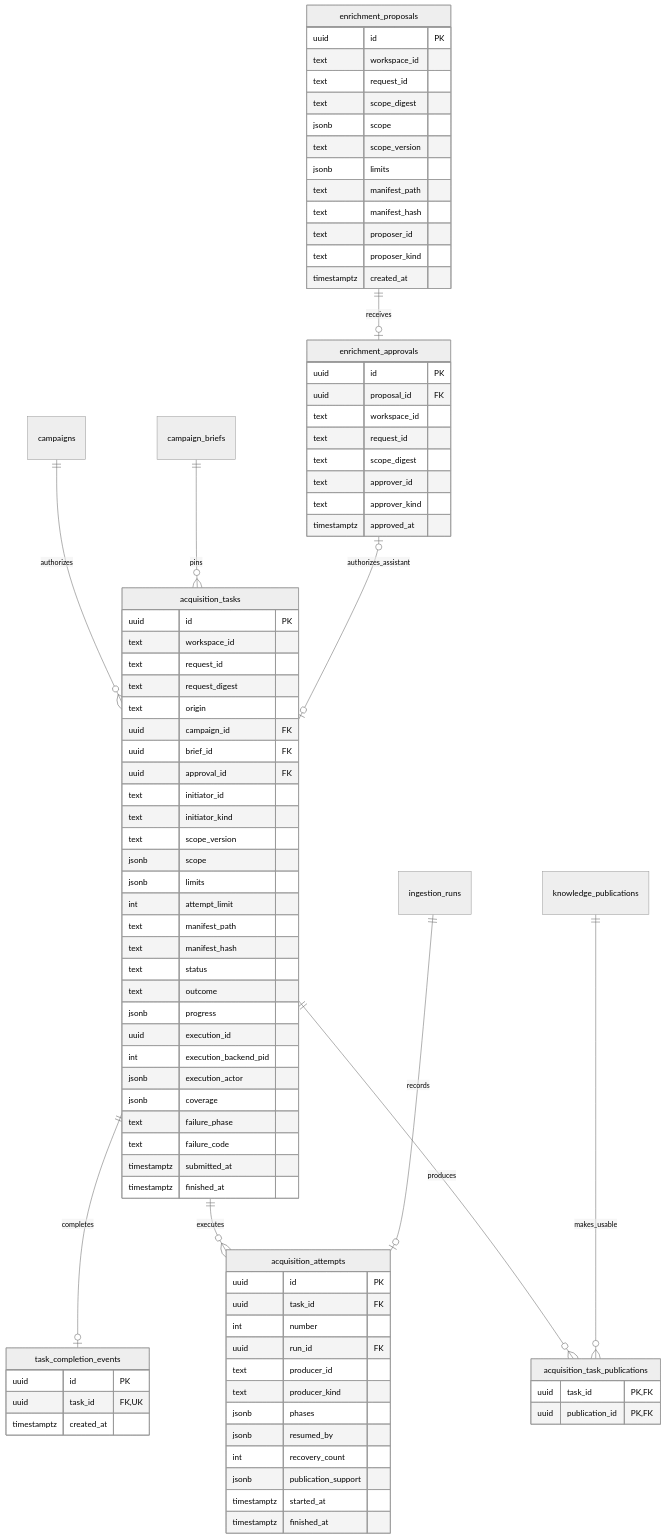
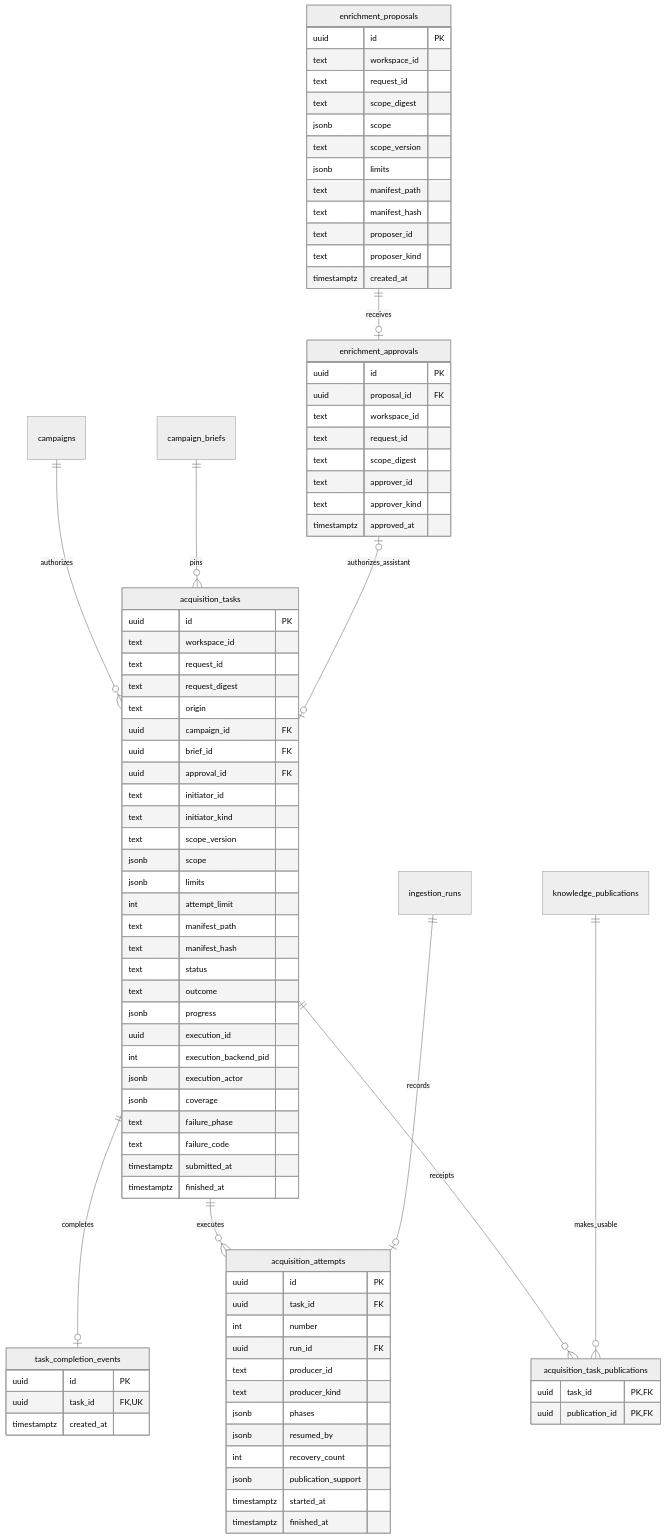
The sixth of 8 diagrams in docs/data-model.md (jinroylee/social-marketing-intelligence), drawn with Mermaid (neutral theme) before and after one commit. The commit also changed other lines of this file and 25 other files, not shown here.

```diff
--- a/docs/data-model.md
+++ b/docs/data-model.md
@@ -508,7 +508,7 @@
     acquisition_tasks ||--o| task_completion_events : completes
     acquisition_tasks ||--o{ acquisition_attempts : executes
     ingestion_runs ||--o| acquisition_attempts : records
-    acquisition_tasks ||--o{ acquisition_task_publications : produces
+    acquisition_tasks ||--o{ acquisition_task_publications : receipts
     knowledge_publications ||--o{ acquisition_task_publications : makes_usable
     enrichment_proposals {
         uuid id PK
```
